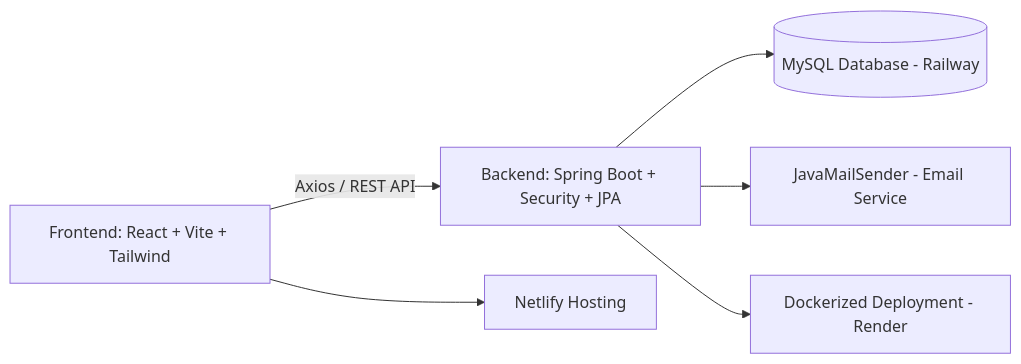
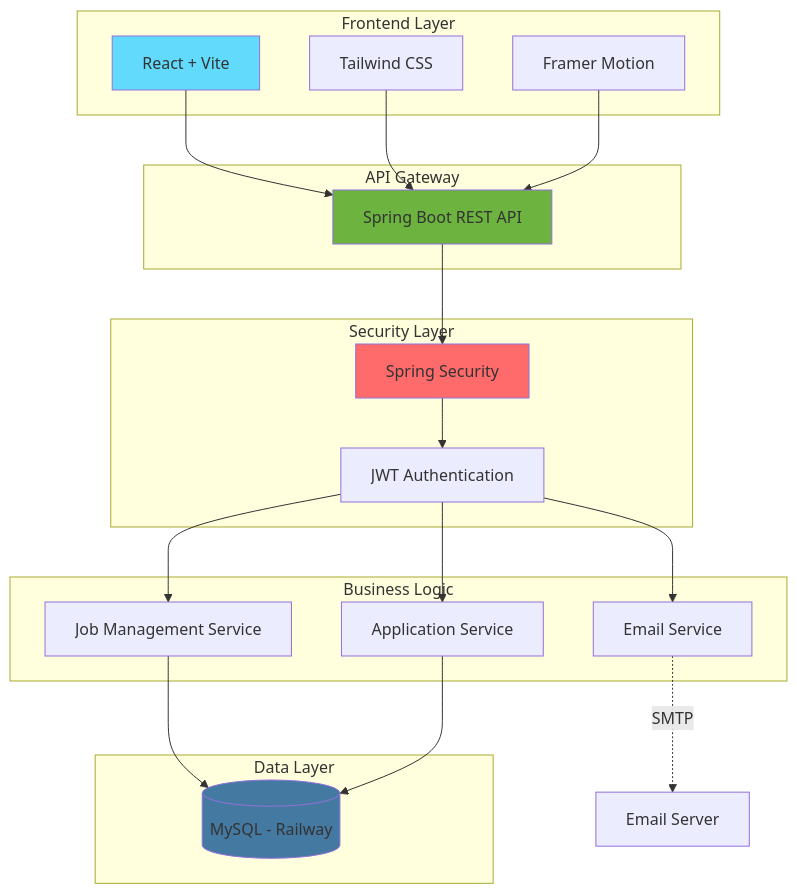
One commit to Vamshi-amudala/careerForge changed the diagram in README.md. Above: the diagram before and after it, drawn with Mermaid. The commit also changed other lines of this file, not shown here.

````diff
--- a/README.md
+++ b/README.md
@@ -93,8 +88,44 @@
 ```mermaid
-flowchart LR
-    A[Frontend: React + Vite + Tailwind] -->|Axios / REST API| B[Backend: Spring Boot + Security + JPA]
-    B --> C[(MySQL Database - Railway)]
-    B --> D[JavaMailSender - Email Service]
-    B --> E[Dockerized Deployment - Render]
-    A --> F[Netlify Hosting]
+graph TB
+    subgraph "Frontend Layer"
+        A[React + Vite]
+        B[Tailwind CSS]
+        C[Framer Motion]
+    end
+    
+    subgraph "API Gateway"
+        D[Spring Boot REST API]
+    end
+    
+    subgraph "Security Layer"
+        E[Spring Security]
+        F[JWT Authentication]
+    end
+    
+    subgraph "Business Logic"
+        G[Job Management Service]
+        H[Application Service]
+        I[Email Service]
+    end
+    
+    subgraph "Data Layer"
+        J[(MySQL - Railway)]
+    end
+    
+    A --> D
+    B --> D
+    C --> D
+    D --> E
+    E --> F
+    F --> G
+    F --> H
+    F --> I
+    G --> J
+    H --> J
+    I -.->|SMTP| K[Email Server]
+    
+    style A fill:#61DAFB
+    style D fill:#6DB33F
+    style E fill:#FF6B6B
+    style J fill:#4479A1
 ```
````
